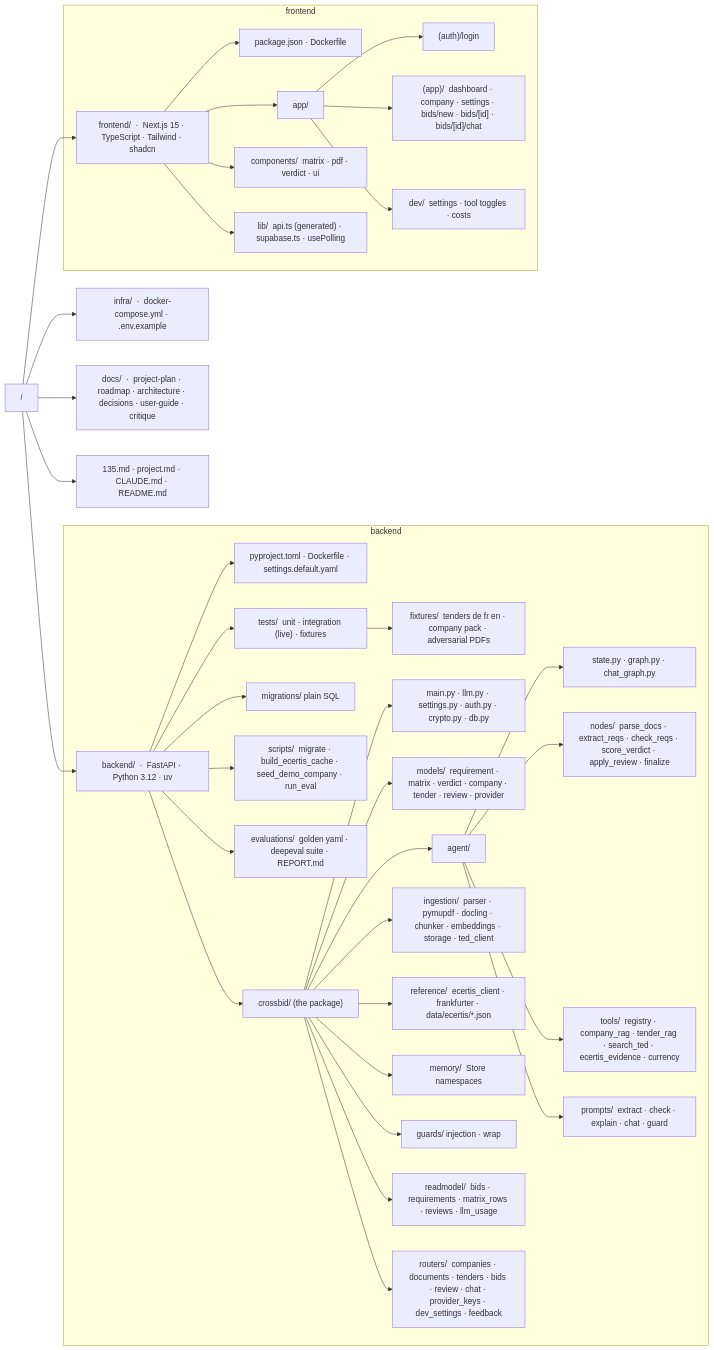
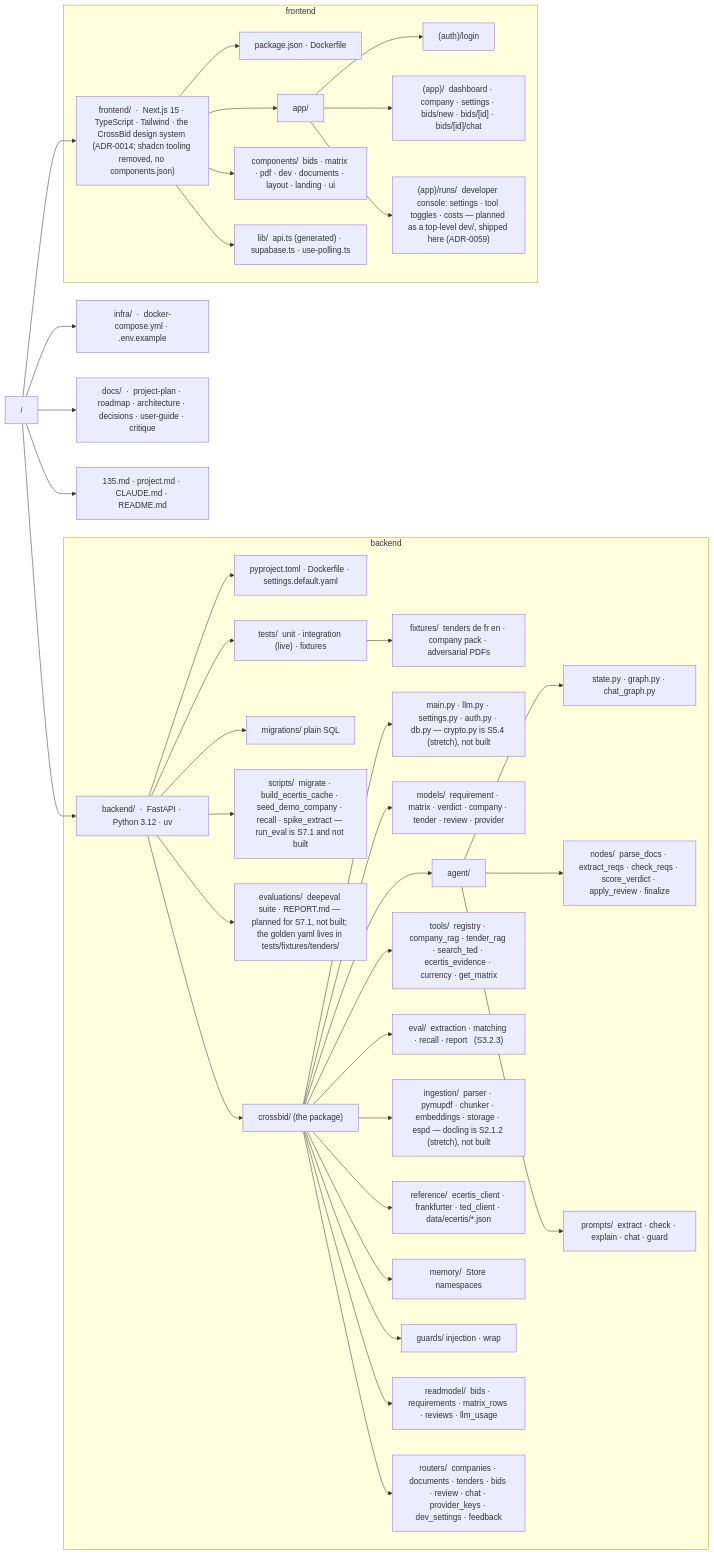
One commit to AhmedNazihX/CrossBid changed the first of 5 diagrams in docs/roadmap.md. Above: the diagram before and after it, drawn with Mermaid. The commit also changed other lines of this file and 39 other files, not shown here.

````diff
--- a/docs/roadmap.md
+++ b/docs/roadmap.md
@@ -7,43 +7,44 @@
 ```mermaid
 flowchart LR
   root["/"]
   root --> BE["backend/  ·  FastAPI · Python 3.12 · uv"]
-  root --> FE["frontend/  ·  Next.js 15 · TypeScript · Tailwind · shadcn"]
+  root --> FE["frontend/  ·  Next.js 15 · TypeScript · Tailwind · the CrossBid design system (ADR-0014; shadcn tooling removed, no components.json)"]
   root --> INFRA["infra/  ·  docker-compose.yml · .env.example"]
   root --> DOCS["docs/  ·  project-plan · roadmap · architecture · decisions · user-guide · critique"]
   root --> TOP["135.md · project.md · CLAUDE.md · README.md"]
 
   subgraph backend
     BE --> BEcfg["pyproject.toml · Dockerfile · settings.default.yaml"]
     BE --> PKG["crossbid/  (the package)"]
     BE --> MIG["migrations/  plain SQL"]
-    BE --> SCR["scripts/  migrate · build_ecertis_cache · seed_demo_company · run_eval"]
-    BE --> EVAL["evaluations/  golden yaml · deepeval suite · REPORT.md"]
+    BE --> SCR["scripts/  migrate · build_ecertis_cache · seed_demo_company · recall · spike_extract — run_eval is S7.1 and not built"]
+    BE --> EVAL["evaluations/  deepeval suite · REPORT.md — planned for S7.1, not built; the golden yaml lives in tests/fixtures/tenders/"]
     BE --> TST["tests/  unit · integration (live) · fixtures"]
     TST --> FIX["fixtures/  tenders de fr en · company pack · adversarial PDFs"]
 
-    PKG --> CORE["main.py · llm.py · settings.py · auth.py · crypto.py · db.py"]
+    PKG --> CORE["main.py · llm.py · settings.py · auth.py · db.py — crypto.py is S5.4 (stretch), not built"]
     PKG --> MODELS["models/  requirement · matrix · verdict · company · tender · review · provider"]
     PKG --> AGENT["agent/"]
     AGENT --> AG1["state.py · graph.py · chat_graph.py"]
     AGENT --> AG2["nodes/  parse_docs · extract_reqs · check_reqs · score_verdict · apply_review · finalize"]
-    AGENT --> AG3["tools/  registry · company_rag · tender_rag · search_ted · ecertis_evidence · currency"]
     AGENT --> AG4["prompts/  extract · check · explain · chat · guard"]
-    PKG --> ING["ingestion/  parser · pymupdf · docling · chunker · embeddings · storage · ted_client"]
-    PKG --> REF["reference/  ecertis_client · frankfurter · data/ecertis/*.json"]
+    PKG --> TOOLS["tools/  registry · company_rag · tender_rag · search_ted · ecertis_evidence · currency · get_matrix"]
+    PKG --> EVL["eval/  extraction · matching · recall · report   (S3.2.3)"]
+    PKG --> ING["ingestion/  parser · pymupdf · chunker · embeddings · storage · espd — docling is S2.1.2 (stretch), not built"]
+    PKG --> REF["reference/  ecertis_client · frankfurter · ted_client · data/ecertis/*.json"]
     PKG --> MEM["memory/  Store namespaces"]
     PKG --> GRD["guards/  injection · wrap"]
     PKG --> RM["readmodel/  bids · requirements · matrix_rows · reviews · llm_usage"]
     PKG --> RT["routers/  companies · documents · tenders · bids · review · chat · provider_keys · dev_settings · feedback"]
   end
 
   subgraph frontend
     FE --> FEcfg["package.json · Dockerfile"]
     FE --> APP["app/"]
     APP --> A1["(auth)/login"]
     APP --> A2["(app)/  dashboard · company · settings · bids/new · bids/[id] · bids/[id]/chat"]
-    APP --> A3["dev/  settings · tool toggles · costs"]
-    FE --> CMP["components/  matrix · pdf · verdict · ui"]
-    FE --> LIB["lib/  api.ts (generated) · supabase.ts · usePolling"]
+    APP --> A3["(app)/runs/  developer console: settings · tool toggles · costs — planned as a top-level dev/, shipped here (ADR-0059)"]
+    FE --> CMP["components/  bids · matrix · pdf · dev · documents · layout · landing · ui"]
+    FE --> LIB["lib/  api.ts (generated) · supabase.ts · use-polling.ts"]
   end
 ```
````
